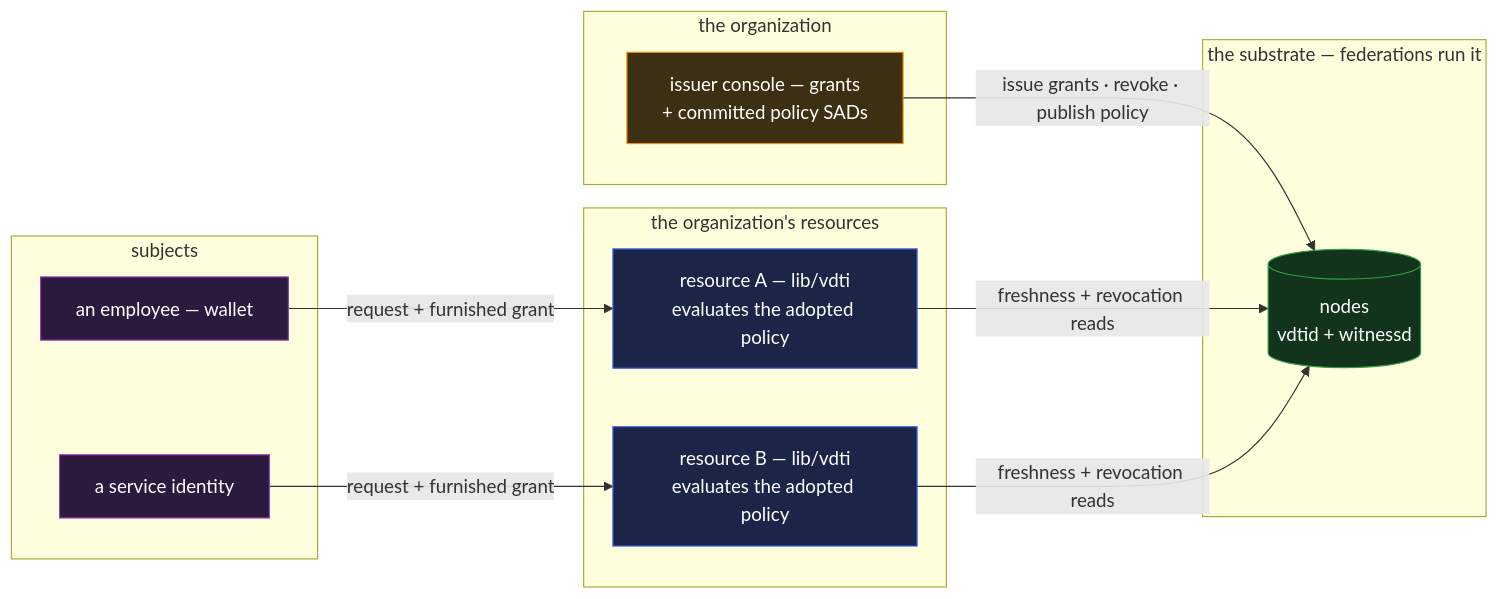
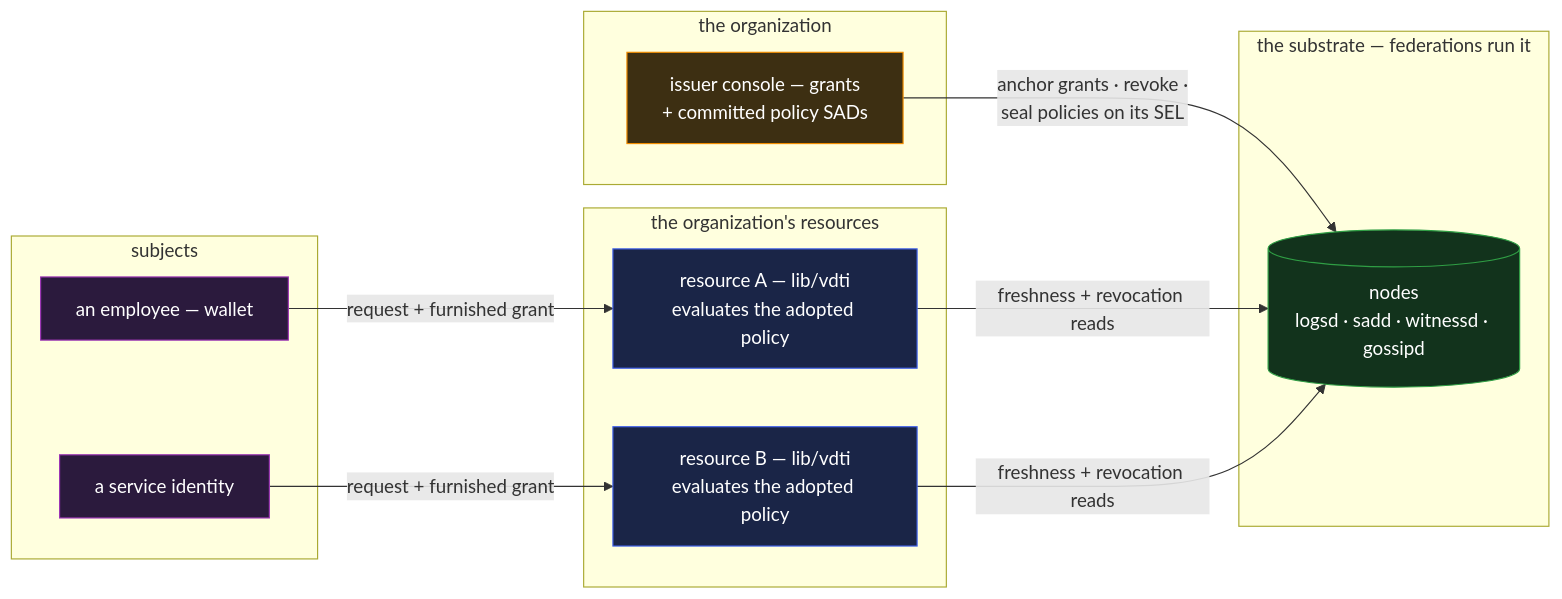
Before and after one commit to jasoncolburne/vdti: the diagram in docs/design/example-applications/iam.md, drawn with Mermaid. The commit also changed other lines of this file and 79 other files, not shown here.

````diff
--- a/docs/design/example-applications/iam.md
+++ b/docs/design/example-applications/iam.md
@@ -18,26 +18,26 @@
 ```mermaid
 flowchart LR
   subgraph org["the organization"]
     issr["issuer console — grants<br/>+ committed policy SADs"]:::org
   end
   subgraph subj["subjects"]
     emp["an employee — wallet"]:::app
     sid["a service identity"]:::app
   end
   subgraph res["the organization's resources"]
     r1["resource A — lib/vdti<br/>evaluates the adopted policy"]:::lib
     r2["resource B — lib/vdti<br/>evaluates the adopted policy"]:::lib
   end
   subgraph sub["the substrate — federations run it"]
-    node[("nodes<br/>vdtid + witnessd")]:::svc
+    node[("nodes<br/>logsd · sadd · witnessd · gossipd")]:::svc
   end
-  issr -->|"issue grants · revoke · publish policy"| node
+  issr -->|"anchor grants · revoke ·<br/>seal policies on its SEL"| node
   emp -->|"request + furnished grant"| r1
   sid -->|"request + furnished grant"| r2
   r1 -->|"freshness + revocation reads"| node
   r2 -->|"freshness + revocation reads"| node
   classDef app fill:#2b1a3d,stroke:#9c36b5,color:#fff
   classDef lib fill:#1a2547,stroke:#4263eb,color:#fff
   classDef org fill:#3d2f12,stroke:#f08c00,color:#fff
   classDef svc fill:#12331c,stroke:#2f9e44,color:#fff
 ```
````
